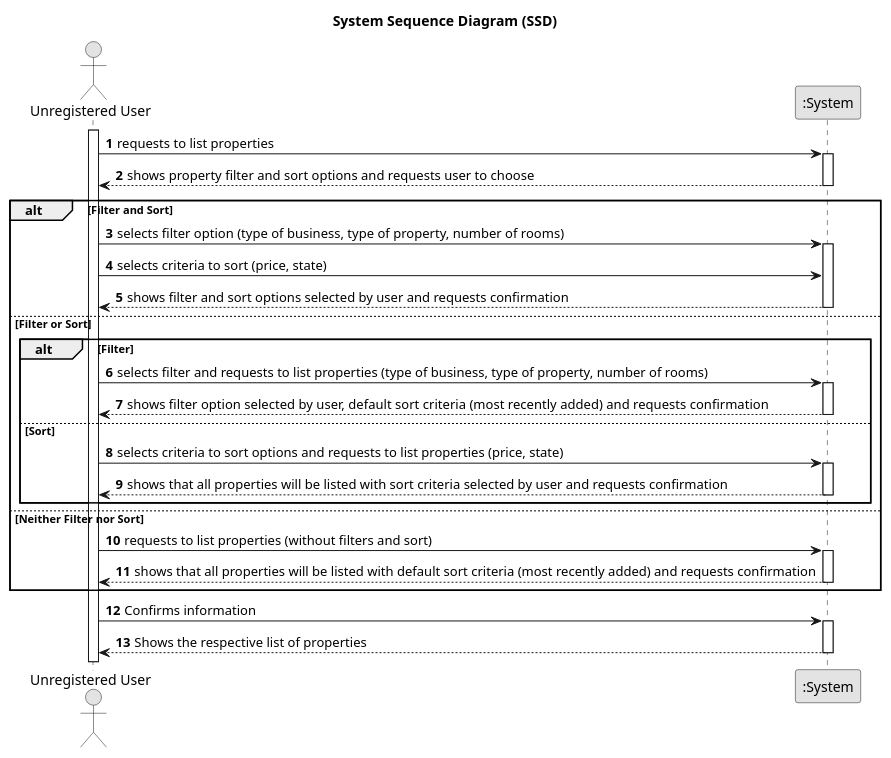
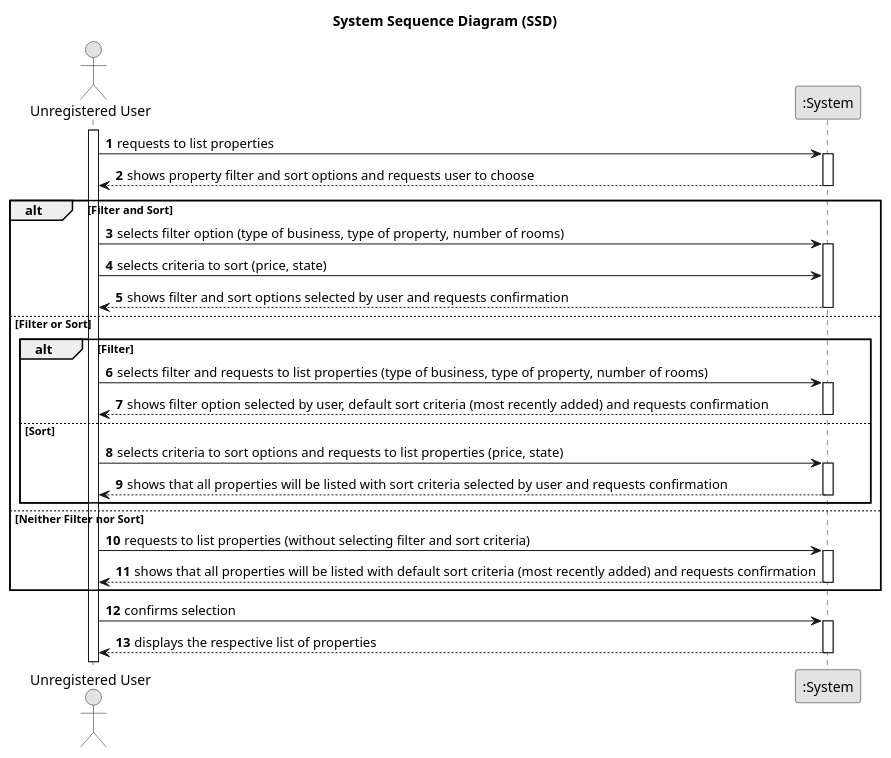
Before and after one commit to Goncalves2525/real-estate-management-system: the diagram in docs/sprintB/us001/01.requirements-engineering/puml/us001-system-sequence-diagram.puml, drawn with PlantUML. The commit also changed 1 other file, not shown here.

```diff
--- a/docs/sprintB/us001/01.requirements-engineering/puml/us001-system-sequence-diagram.puml
+++ b/docs/sprintB/us001/01.requirements-engineering/puml/us001-system-sequence-diagram.puml
@@ -1,65 +1,65 @@
 @startuml
 skinparam monochrome true
 skinparam packageStyle rectangle
 skinparam shadowing false
 
 title System Sequence Diagram (SSD)
 
 autonumber
 
 actor "Unregistered User" as User
 participant ":System" as System
 
 activate User
 
     User -> System : requests to list properties
     activate System
 
     System --> User : shows property filter and sort options and requests user to choose
     deactivate System
 
     alt Filter and Sort
         User -> System : selects filter option (type of business, type of property, number of rooms)
         activate System
 
         User -> System : selects criteria to sort (price, state)
         System --> User : shows filter and sort options selected by user and requests confirmation
         deactivate System
 
     else Filter or Sort
 
         alt Filter
             User -> System : selects filter and requests to list properties (type of business, type of property, number of rooms)
             activate System
 
             System --> User : shows filter option selected by user, default sort criteria (most recently added) and requests confirmation
             deactivate System
 
         else Sort
             User -> System : selects criteria to sort options and requests to list properties (price, state)
             activate System
 
             System --> User : shows that all properties will be listed with sort criteria selected by user and requests confirmation
             deactivate System
         end
 
 
     else Neither Filter nor Sort
-        User -> System :requests to list properties (without filters and sort)
+        User -> System : requests to list properties (without selecting filter and sort criteria)
         activate System
 
         System --> User : shows that all properties will be listed with default sort criteria (most recently added) and requests confirmation
         deactivate System
 
     end
 
-    User -> System : Confirms information
+    User -> System : confirms selection
     activate System
 
-    System --> User : Shows the respective list of properties
+    System --> User : displays the respective list of properties
     deactivate System
 
 
 
 
 @enduml
```
